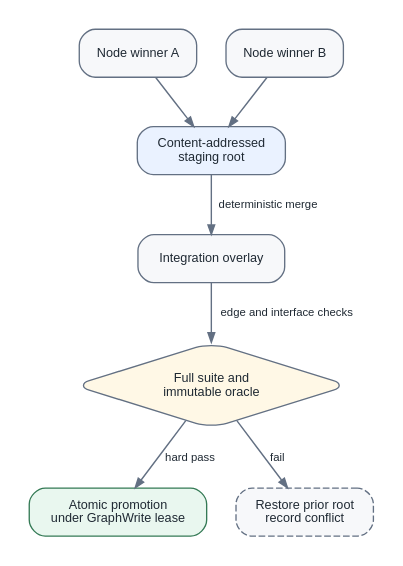
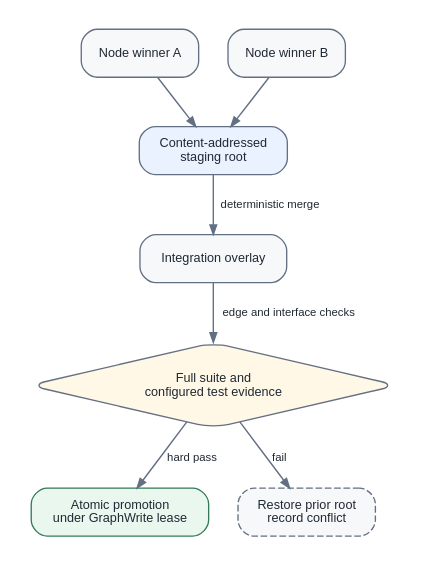
Before and after one commit to eonseed/perspt: the third of 8 diagrams in docs/psps/source/psp-000010.rst, drawn with Graphviz. The commit also changed other lines of this file and 11 other files, not shown here.

```diff
--- a/docs/psps/source/psp-000010.rst
+++ b/docs/psps/source/psp-000010.rst
@@ -936,34 +936,34 @@
 .. graphviz::
    :caption: Node winners are staged. Only a hard-passing integration root is promoted.
    :align: center
 
    digraph staging {
        graph [rankdir=TB, bgcolor="#FFFFFF", pad="0.20",
               nodesep="0.30", ranksep="0.48", fontname="Helvetica"];
        node [shape=box, style="rounded,filled", fillcolor="#F7F8FA",
              color="#637083", fontcolor="#1F2933", fontname="Helvetica", fontsize=9.5,
              margin="0.13,0.08"];
        edge [color="#637083", fontcolor="#1F2933", fontname="Helvetica", fontsize=8.5,
              arrowsize=0.72, penwidth=1.05];
 
        a [label="Node winner A"];
        b [label="Node winner B"];
        staging [label="Content-addressed\nstaging root", fillcolor="#EAF2FF"];
        overlay [label="Integration overlay"];
-       gate [label="Full suite and\nimmutable oracle", shape=diamond,
+       gate [label="Full suite and\nconfigured test evidence", shape=diamond,
              fillcolor="#FFF8E6"];
        promote [label="Atomic promotion\nunder GraphWrite lease",
                 fillcolor="#E9F7EF", color="#347A55"];
        restore [label="Restore prior root\nrecord conflict",
                 style="rounded,dashed,filled", fillcolor="#F7F8FA"];
 
        {rank=same; a; b;}
        {rank=same; promote; restore;}
 
        a -> staging;
        b -> staging;
        staging -> overlay [label="deterministic merge"];
        overlay -> gate [label="edge and interface checks"];
        gate -> promote [label="hard pass"];
        gate -> restore [label="fail"];
    }
```
